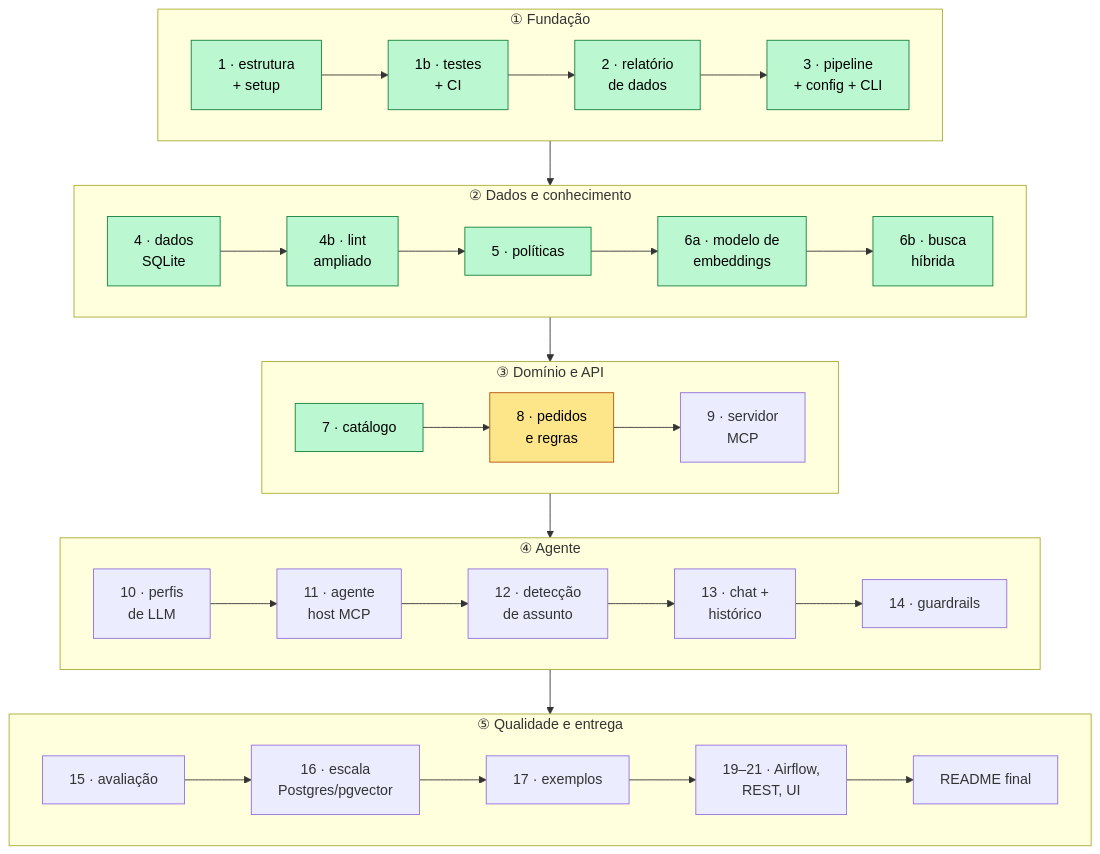
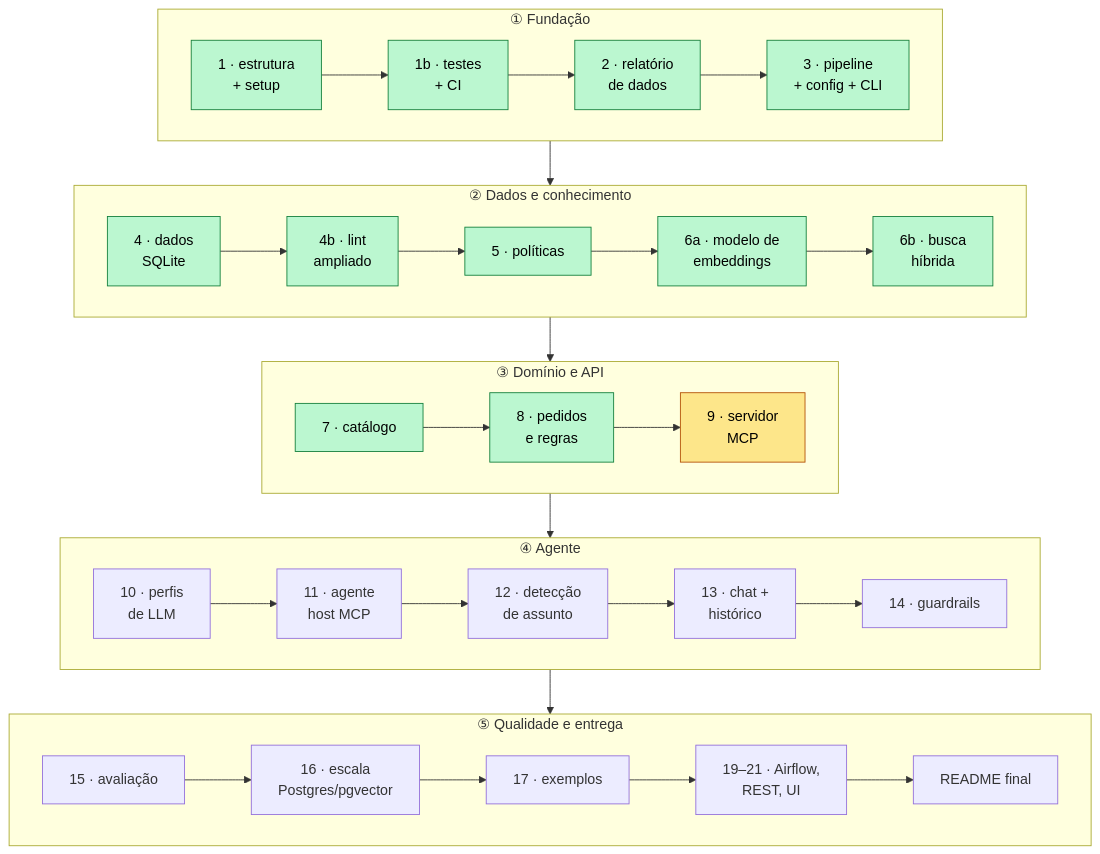
One commit to RonildoSilva/ai-engineer-challenge changed diagram 15 of 15 in README.md. Above: the diagram before and after it, drawn with Mermaid. The commit also changed other lines of this file and 5 other files, not shown here.

First line of the commit message:
feat(domain): pedidos com verificação LGPD, regras de troca/devolução, pagamento, frete e horário

````diff
--- a/README.md
+++ b/README.md
@@ -548,26 +598,26 @@
 ```mermaid
 flowchart TD
     subgraph F1["① Fundação"]
         direction LR
         C1["1 · estrutura<br/>+ setup"]:::done --> C1b["1b · testes<br/>+ CI"]:::done --> C2["2 · relatório<br/>de dados"]:::done --> C3["3 · pipeline<br/>+ config + CLI"]:::done
     end
     subgraph F2["② Dados e conhecimento"]
         direction LR
         C4["4 · dados<br/>SQLite"]:::done --> C4b["4b · lint<br/>ampliado"]:::done --> C5["5 · políticas"]:::done --> C6a["6a · modelo de<br/>embeddings"]:::done --> C6b["6b · busca<br/>híbrida"]:::done
     end
     subgraph F3["③ Domínio e API"]
         direction LR
-        C7["7 · catálogo"]:::done --> C8["8 · pedidos<br/>e regras"]:::next --> C9["9 · servidor<br/>MCP"]
+        C7["7 · catálogo"]:::done --> C8["8 · pedidos<br/>e regras"]:::done --> C9["9 · servidor<br/>MCP"]:::next
     end
     subgraph F4["④ Agente"]
         direction LR
         C10["10 · perfis<br/>de LLM"] --> C11["11 · agente<br/>host MCP"] --> C12["12 · detecção<br/>de assunto"] --> C13["13 · chat +<br/>histórico"] --> C14["14 · guardrails"]
     end
     subgraph F5["⑤ Qualidade e entrega"]
         direction LR
         C15["15 · avaliação"] --> C16["16 · escala<br/>Postgres/pgvector"] --> C17["17 · exemplos"] --> CX["19–21 · Airflow,<br/>REST, UI"] --> C18["README final"]
     end
     F1 --> F2 --> F3 --> F4 --> F5
     classDef next fill:#fde68a,stroke:#b45309,color:#000
     classDef done fill:#bbf7d0,stroke:#15803d,color:#000
 ```
````
